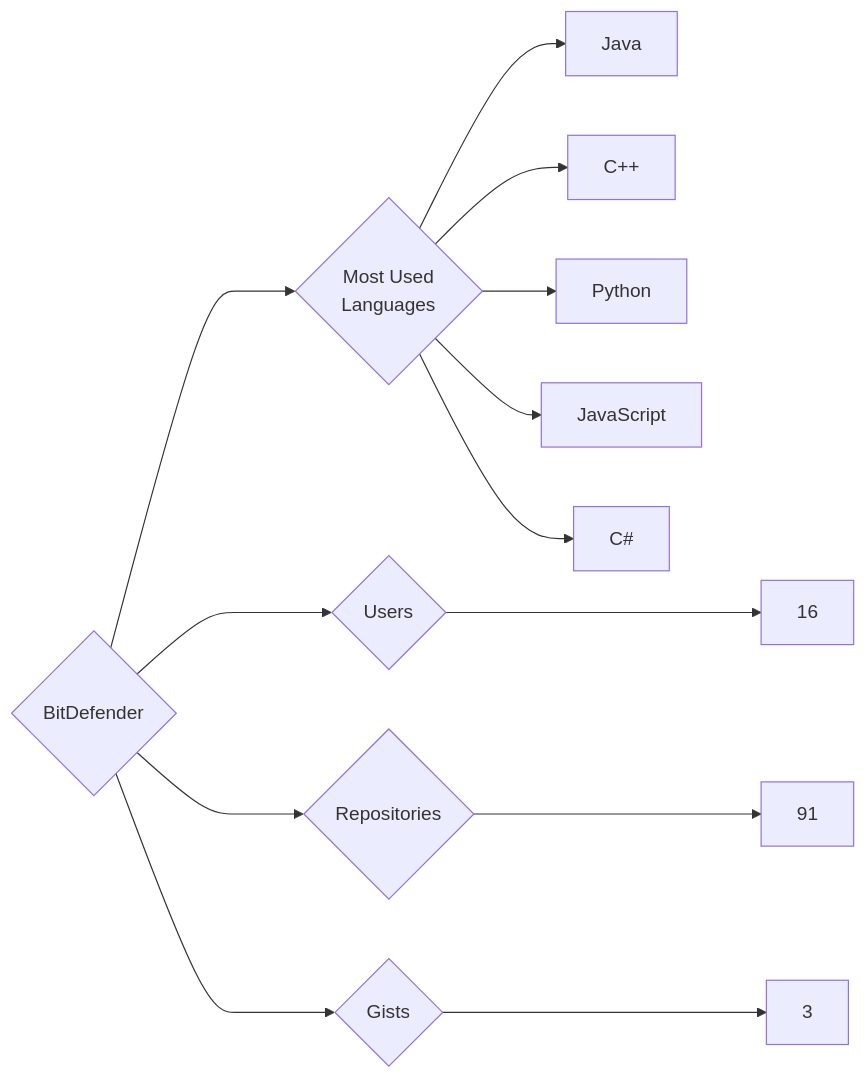
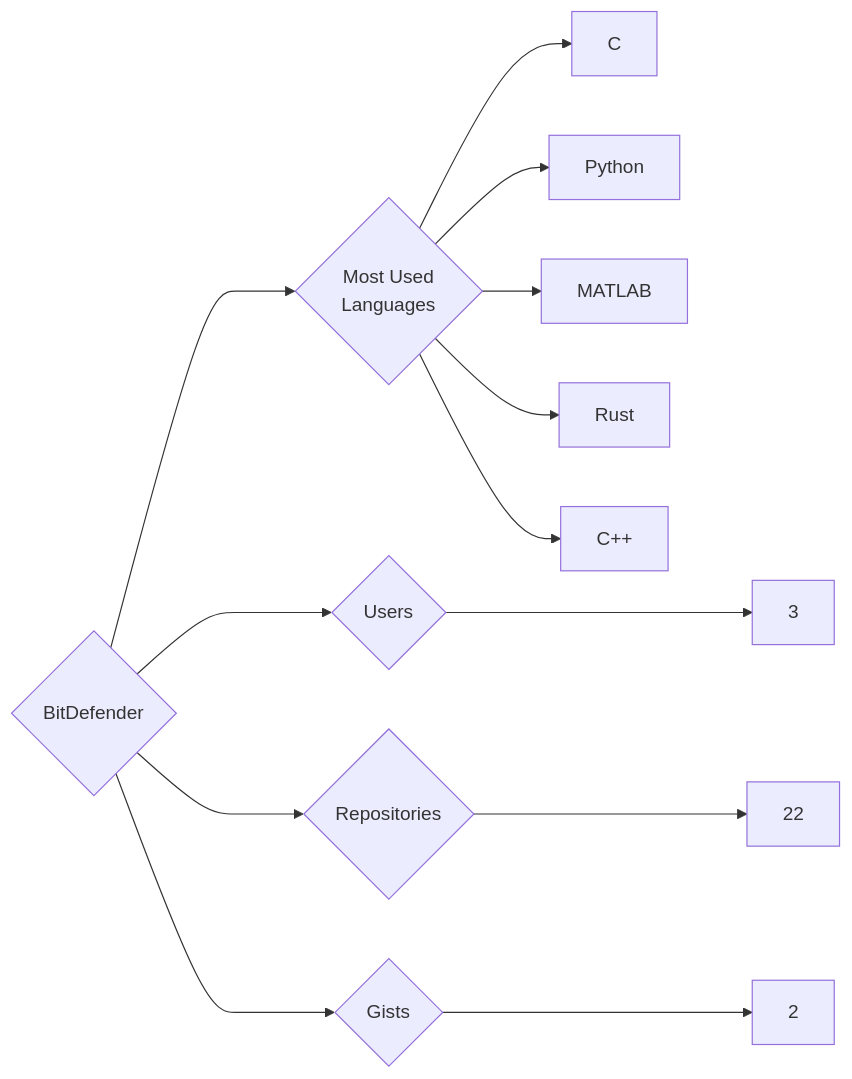
One commit to trickest/insiders changed the diagram in targets/BitDefender/README.md. Above: the diagram before and after it, drawn with Mermaid. The commit also changed 553 other files, not shown here.

````diff
--- a/targets/BitDefender/README.md
+++ b/targets/BitDefender/README.md
@@ -3,13 +3,13 @@
 ```mermaid
 graph LR
 COMPANY_NAME{BitDefender}
-COMPANY_NAME ---> U{Users} ---> UN[16]
-COMPANY_NAME ---> R{Repositories} ---> RN[91]
-COMPANY_NAME ---> G{Gists} ---> GN[3]
+COMPANY_NAME ---> U{Users} ---> UN[3]
+COMPANY_NAME ---> R{Repositories} ---> RN[22]
+COMPANY_NAME ---> G{Gists} ---> GN[2]
 COMPANY_NAME ---> ML{Most Used<br>Languages}
-ML --> Java[Java]
+ML --> C[C]
+ML --> Python[Python]
+ML --> MATLAB[MATLAB]
+ML --> Rust[Rust]
 ML --> C++[C++]
-ML --> Python[Python]
-ML --> JavaScript[JavaScript]
-ML --> C#[C#]
 ```
````
